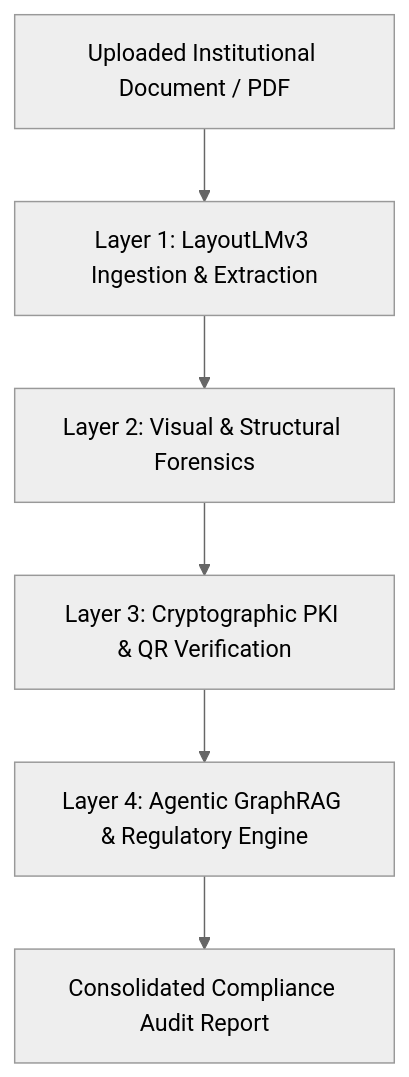
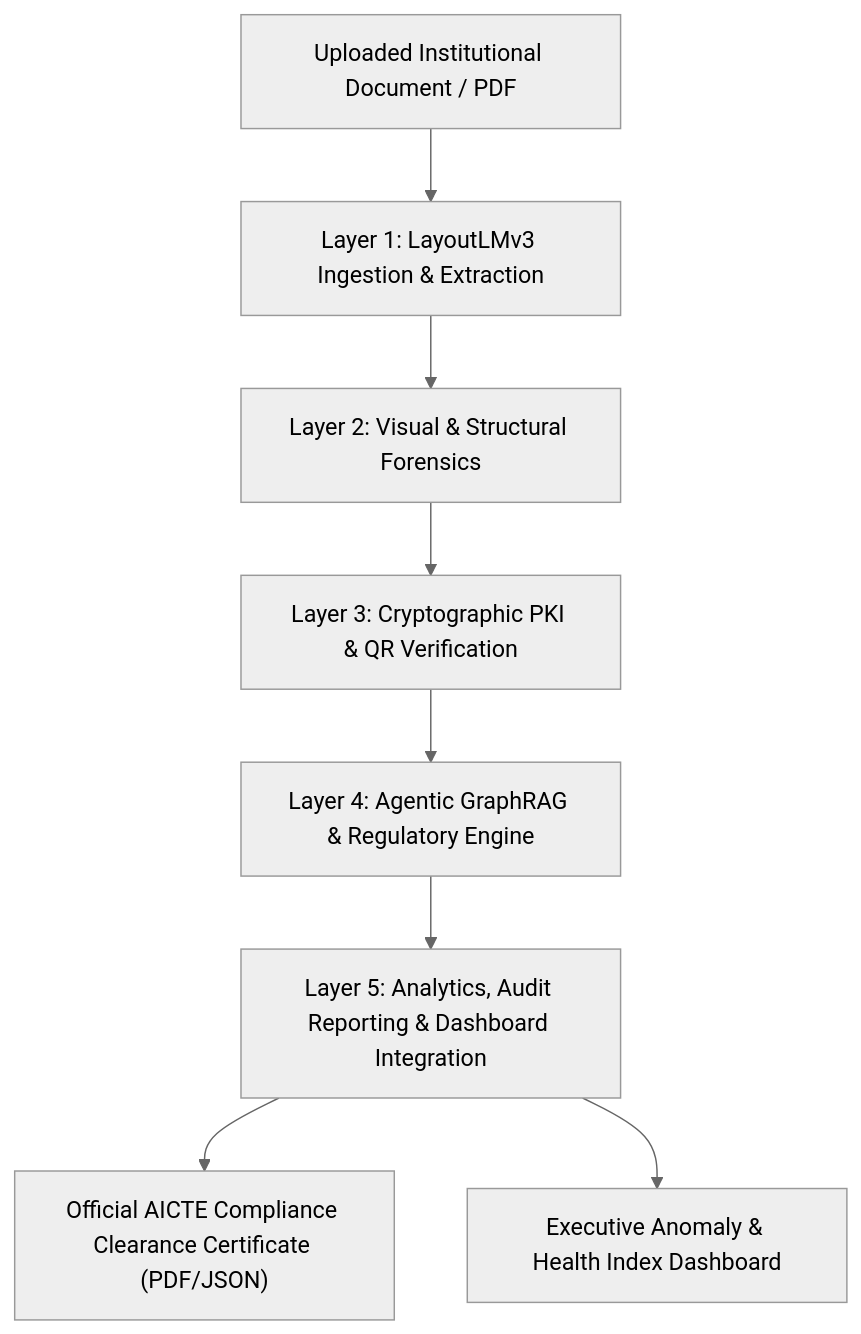
The diagram in README.md (sumithshetty2005/SATYA---Smart_Audit_and_Transparent_Yield_Authentication), drawn with Mermaid (neutral theme) before and after one commit. The commit also changed other lines of this file and 9 other files, not shown here.

Commit message:
feat: implement Layer 5 Analytics, Audit Reporting & Dashboard Integration

````diff
--- a/README.md
+++ b/README.md
@@ -12,8 +12,10 @@
 ```mermaid
 flowchart TD
     Doc["Uploaded Institutional Document / PDF"] --> L1["Layer 1: LayoutLMv3 Ingestion & Extraction"]
     L1 --> L2["Layer 2: Visual & Structural Forensics"]
     L2 --> L3["Layer 3: Cryptographic PKI & QR Verification"]
     L3 --> L4["Layer 4: Agentic GraphRAG & Regulatory Engine"]
-    L4 --> Report["Consolidated Compliance Audit Report"]
+    L4 --> L5["Layer 5: Analytics, Audit Reporting & Dashboard Integration"]
+    L5 --> Cert["Official AICTE Compliance Clearance Certificate (PDF/JSON)"]
+    L5 --> Dash["Executive Anomaly & Health Index Dashboard"]
 ```
````
